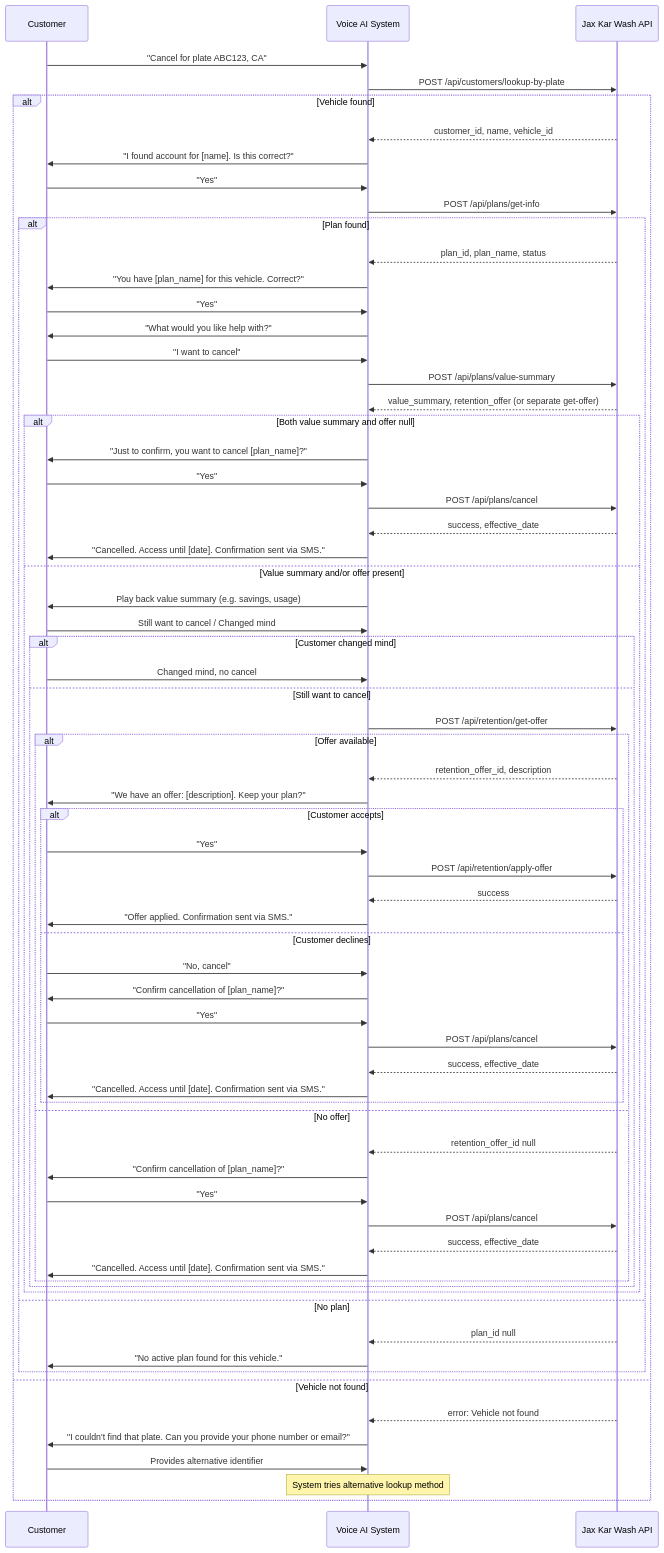
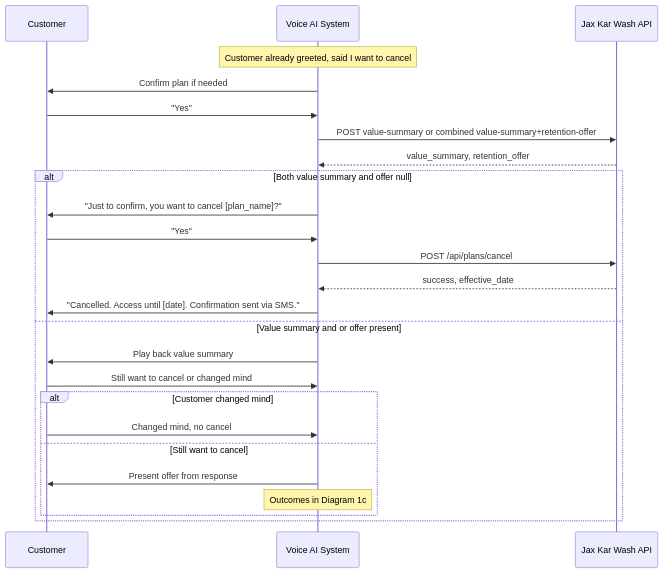
One commit to HelloWash/Public changed the sixth of 13 diagrams in Jax-Kar-Wash-API-Integration–Discussion-Document.md. Above: the diagram before and after it, drawn with Mermaid. The commit also changed other lines of this file, not shown here.

````diff
--- a/Jax-Kar-Wash-API-Integration–Discussion-Document.md
+++ b/Jax-Kar-Wash-API-Integration–Discussion-Document.md
@@ -686,71 +672,28 @@
 ```mermaid
 sequenceDiagram
     participant Customer
     participant System as Voice AI System
     participant API as Jax Kar Wash API
 
-    Customer->>System: "Cancel for plate ABC123, CA"
-    System->>API: POST /api/customers/lookup-by-plate
-    alt Vehicle found
-        API-->>System: customer_id, name, vehicle_id
-        System->>Customer: "I found account for [name]. Is this correct?"
+    Note over System: Customer already greeted, said I want to cancel
+    System->>Customer: Confirm plan if needed
+    Customer->>System: "Yes"
+    System->>API: POST value-summary or combined value-summary+retention-offer
+    API-->>System: value_summary, retention_offer
+    alt Both value summary and offer null
+        System->>Customer: "Just to confirm, you want to cancel [plan_name]?"
         Customer->>System: "Yes"
-        System->>API: POST /api/plans/get-info
-        alt Plan found
-            API-->>System: plan_id, plan_name, status
-            System->>Customer: "You have [plan_name] for this vehicle. Correct?"
-            Customer->>System: "Yes"
-            System->>Customer: "What would you like help with?"
-            Customer->>System: "I want to cancel"
-            System->>API: POST /api/plans/value-summary
-            API-->>System: value_summary, retention_offer (or separate get-offer)
-            alt Both value summary and offer null
-                System->>Customer: "Just to confirm, you want to cancel [plan_name]?"
-                Customer->>System: "Yes"
-                System->>API: POST /api/plans/cancel
-                API-->>System: success, effective_date
-                System->>Customer: "Cancelled. Access until [date]. Confirmation sent via SMS."
-            else Value summary and/or offer present
-                System->>Customer: Play back value summary (e.g. savings, usage)
-                Customer->>System: Still want to cancel / Changed mind
-                alt Customer changed mind
-                    Customer->>System: Changed mind, no cancel
-                else Still want to cancel
-                    System->>API: POST /api/retention/get-offer
-                    alt Offer available
-                        API-->>System: retention_offer_id, description
-                        System->>Customer: "We have an offer: [description]. Keep your plan?"
-                        alt Customer accepts
-                            Customer->>System: "Yes"
-                            System->>API: POST /api/retention/apply-offer
-                            API-->>System: success
-                            System->>Customer: "Offer applied. Confirmation sent via SMS."
-                        else Customer declines
-                            Customer->>System: "No, cancel"
-                            System->>Customer: "Confirm cancellation of [plan_name]?"
-                            Customer->>System: "Yes"
-                            System->>API: POST /api/plans/cancel
-                            API-->>System: success, effective_date
-                            System->>Customer: "Cancelled. Access until [date]. Confirmation sent via SMS."
-                        end
-                    else No offer
-                        API-->>System: retention_offer_id null
-                        System->>Customer: "Confirm cancellation of [plan_name]?"
-                        Customer->>System: "Yes"
-                        System->>API: POST /api/plans/cancel
-                        API-->>System: success, effective_date
-                        System->>Customer: "Cancelled. Access until [date]. Confirmation sent via SMS."
-                    end
-                end
-            end
-        else No plan
-            API-->>System: plan_id null
-            System->>Customer: "No active plan found for this vehicle."
+        System->>API: POST /api/plans/cancel
+        API-->>System: success, effective_date
+        System->>Customer: "Cancelled. Access until [date]. Confirmation sent via SMS."
+    else Value summary and or offer present
+        System->>Customer: Play back value summary
+        Customer->>System: Still want to cancel or changed mind
+        alt Customer changed mind
+            Customer->>System: Changed mind, no cancel
+        else Still want to cancel
+            System->>Customer: Present offer from response
+            Note over System: Outcomes in Diagram 1c
         end
-    else Vehicle not found
-        API-->>System: error: Vehicle not found
-        System->>Customer: "I couldn't find that plate. Can you provide your phone number or email?"
-        Customer->>System: Provides alternative identifier
-        Note over System: System tries alternative lookup method
     end
 ```
````
